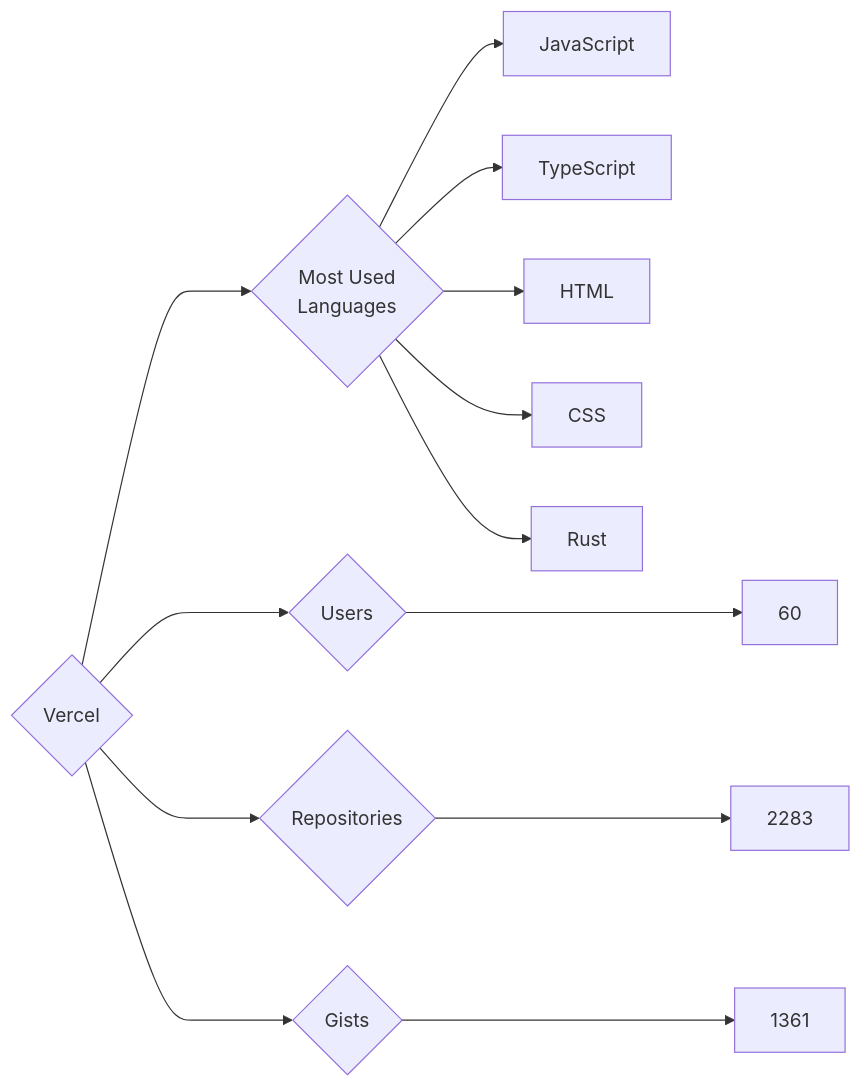
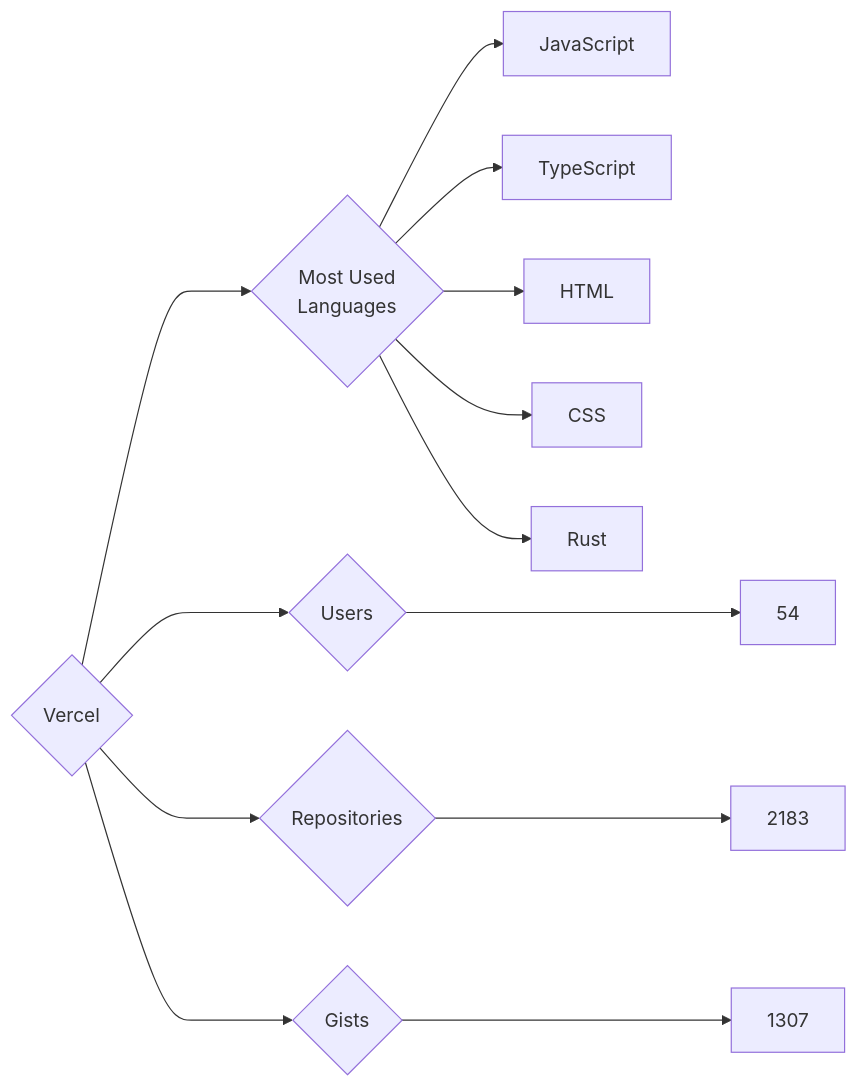
One commit to trickest/insiders changed the diagram in targets/Vercel/README.md. Above: the diagram before and after it, drawn with Mermaid. The commit also changed 851 other files, not shown here.

````diff
--- a/targets/Vercel/README.md
+++ b/targets/Vercel/README.md
@@ -3,13 +3,13 @@
 ```mermaid
 graph LR
 COMPANY_NAME{Vercel}
-COMPANY_NAME ---> U{Users} ---> UN[60]
-COMPANY_NAME ---> R{Repositories} ---> RN[2283]
-COMPANY_NAME ---> G{Gists} ---> GN[1361]
+COMPANY_NAME ---> U{Users} ---> UN[54]
+COMPANY_NAME ---> R{Repositories} ---> RN[2183]
+COMPANY_NAME ---> G{Gists} ---> GN[1307]
 COMPANY_NAME ---> ML{Most Used<br>Languages}
 ML --> JavaScript[JavaScript]
 ML --> TypeScript[TypeScript]
 ML --> HTML[HTML]
 ML --> CSS[CSS]
 ML --> Rust[Rust]
 ```
````
